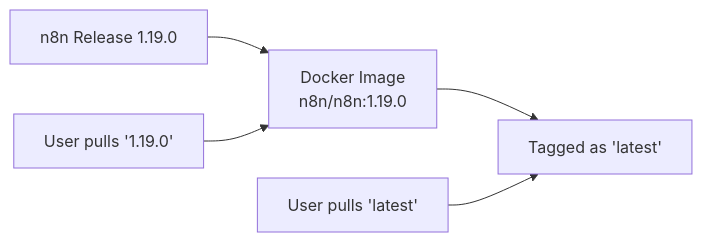
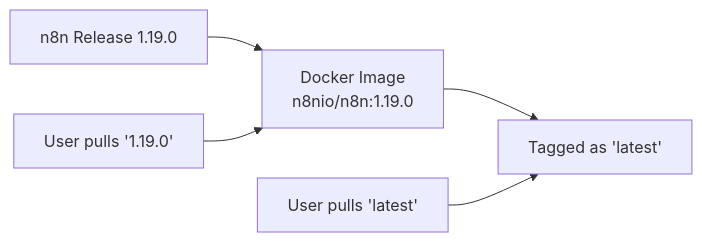
One commit to wtoloza-dev/ZTH-n8n-Engineer changed the sixth of 9 diagrams in lessons/02-docker-basics/theory/03-docker-for-n8n.md. Above: the diagram before and after it, drawn with Mermaid. The commit also changed other lines of this file and 17 other files, not shown here.

````diff
--- a/lessons/02-docker-basics/theory/03-docker-for-n8n.md
+++ b/lessons/02-docker-basics/theory/03-docker-for-n8n.md
@@ -207,8 +207,8 @@
 ```mermaid
 graph LR
-    A[n8n Release 1.19.0] --> B[Docker Image<br/>n8n/n8n:1.19.0]
+    A[n8n Release 1.19.0] --> B[Docker Image<br/>n8nio/n8n:1.19.0]
     B --> C[Tagged as 'latest']
     
     D[User pulls 'latest'] --> C
     E[User pulls '1.19.0'] --> B
 ```
````
